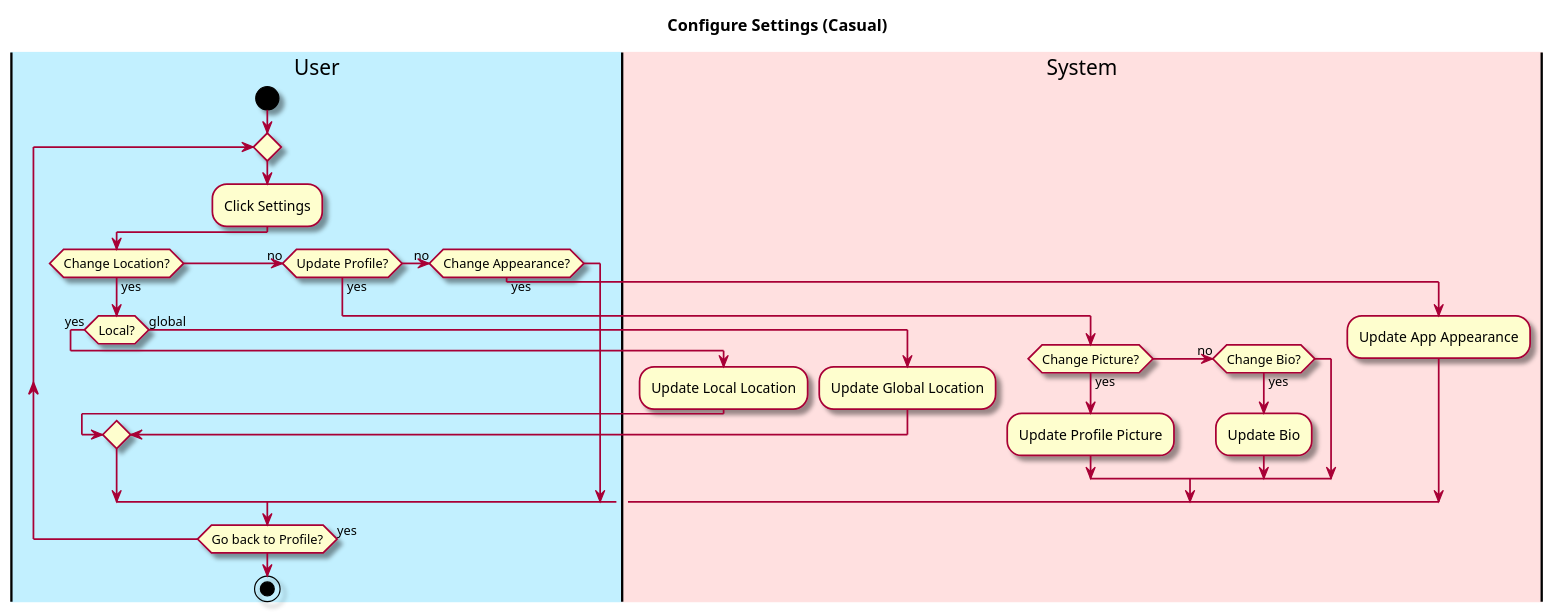
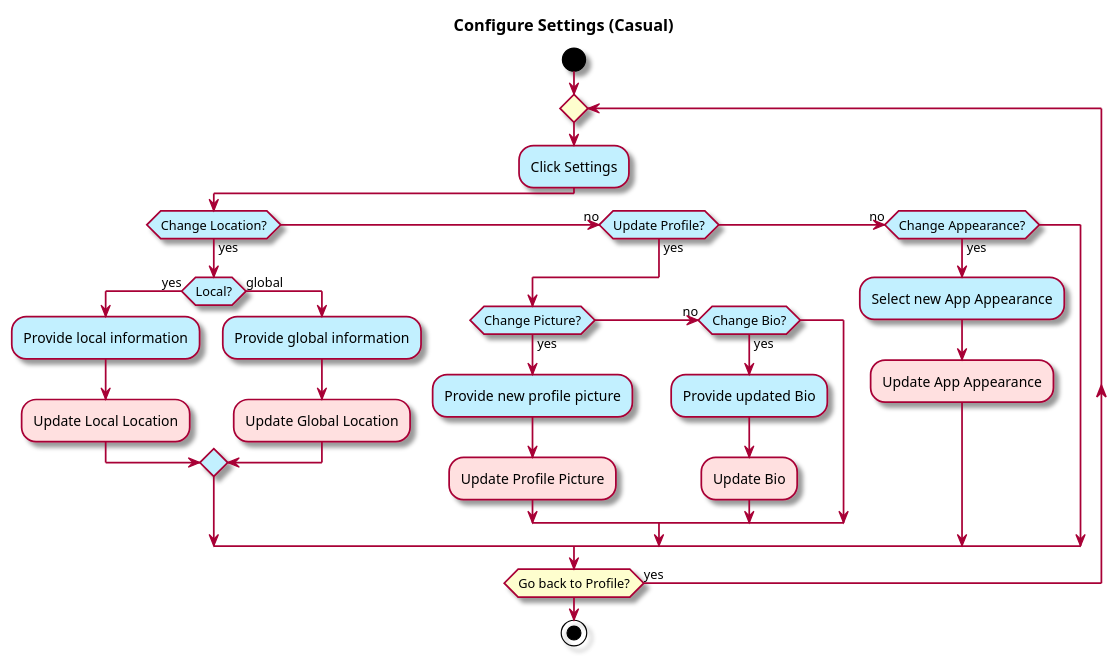
Before and after one commit to owhitleym-ui/EcoScoop: the diagram in intellij/doc/Functional Specification/configure-settings.md, drawn with PlantUML. The commit also changed 12 other files, not shown here.

````diff
--- a/intellij/doc/Functional Specification/configure-settings.md
+++ b/intellij/doc/Functional Specification/configure-settings.md
@@ -20,44 +20,37 @@
 ```plantuml
 @startuml
 
 skin rose
 
 title Configure Settings (Casual)
 
-'define the lanes
-|#application|User|
-|#implementation|System|
-
-|User|
 start
 repeat
-    :Click Settings;
+    #application:Click Settings;
 
-    if (Change Location?) then (yes)
-        if (Local?) then (yes)
-            |System|
-            :Update Local Location;
+    #application:if (Change Location?) then (yes)
+        #application:if (Local?) then (yes)
+        #application:Provide local information;
+            #implementation:Update Local Location;
         else (global)
-            |System|
-            :Update Global Location;
+            #application:Provide global information;
+            #implementation:Update Global Location;
         endif
-    (no)elseif (Update Profile?) then (yes)
-        if (Change Picture?) then (yes)
-            |System|
-            :Update Profile Picture;
-        (no)elseif (Change Bio?) then (yes)
-            |System|
-            :Update Bio;
+    #application:(no)elseif (Update Profile?) then (yes)
+        #application:if (Change Picture?) then (yes)
+            #application:Provide new profile picture;
+            #implementation:Update Profile Picture;
+        #application:(no)elseif (Change Bio?) then (yes)
+            #application:Provide updated Bio;
+            #implementation:Update Bio;
         endif
-    (no)elseif (Change Appearance?) then (yes)
-        |System|
-        :Update App Appearance;
+    #application:(no)elseif (Change Appearance?) then (yes)
+        #application:Select new App Appearance;
+        #implementation:Update App Appearance;
     endif
 
-|User|
-
-repeat while (Go back to Profile?) is (yes)
+repeat while(Go back to Profile?) is (yes)
 
 stop
 @enduml
 ```
````
